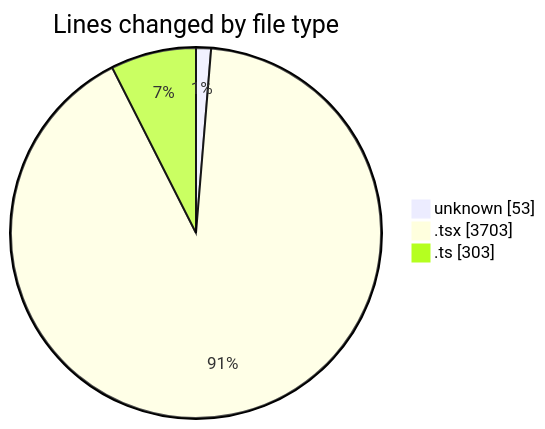
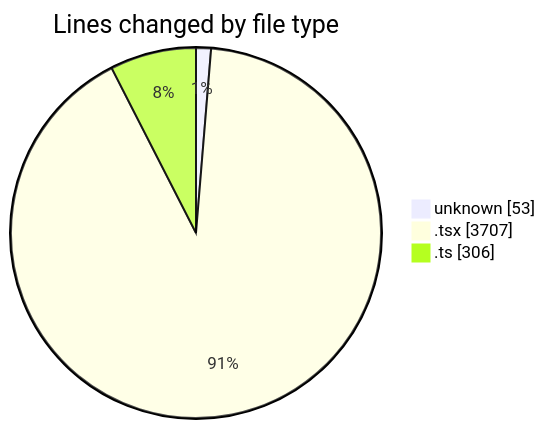
One commit to momahboobian/code-tracking changed the first of 2 diagrams in 2026-01-28/cda/README.md. Above: the diagram before and after it, drawn with Mermaid. The commit also changed other lines of this file and 1 other file, not shown here.

````diff
--- a/2026-01-28/cda/README.md
+++ b/2026-01-28/cda/README.md
@@ -23,7 +23,7 @@
 ```mermaid
 pie showData
 title Lines changed by file type
 "unknown" : 53
-".tsx" : 3703
-".ts" : 303
+".tsx" : 3707
+".ts" : 306
 ```
````
